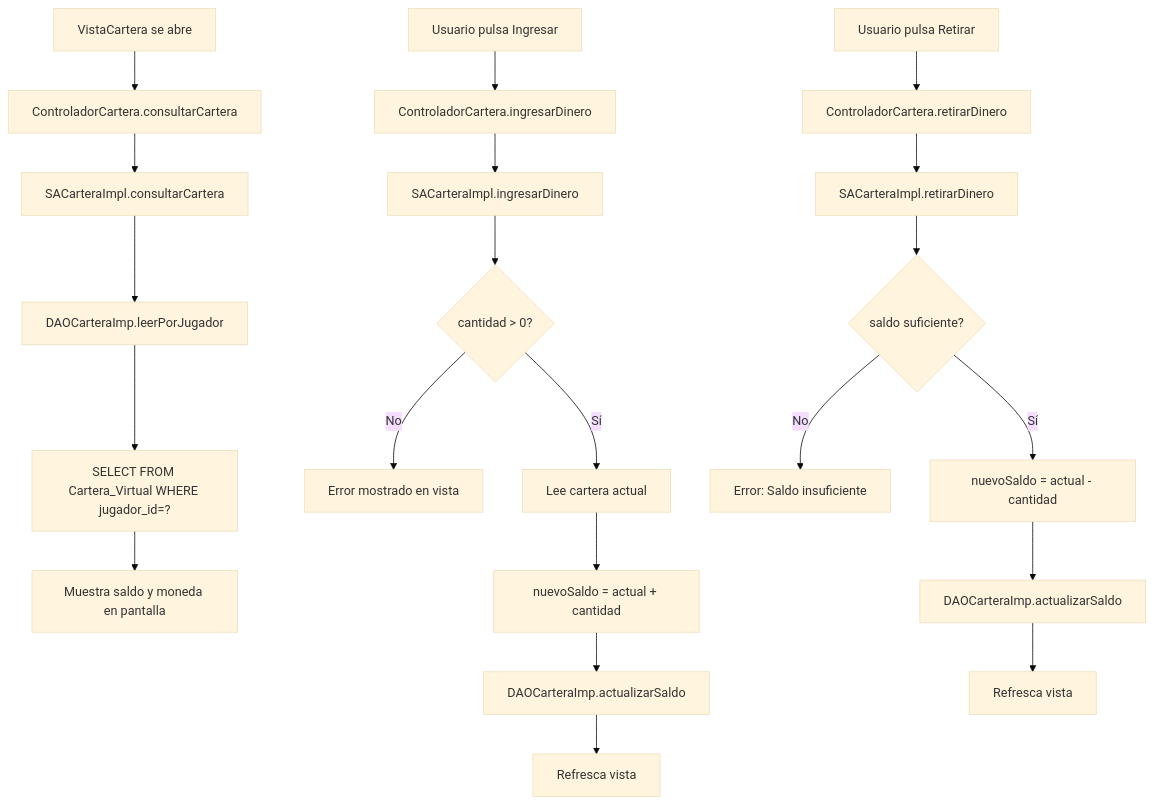
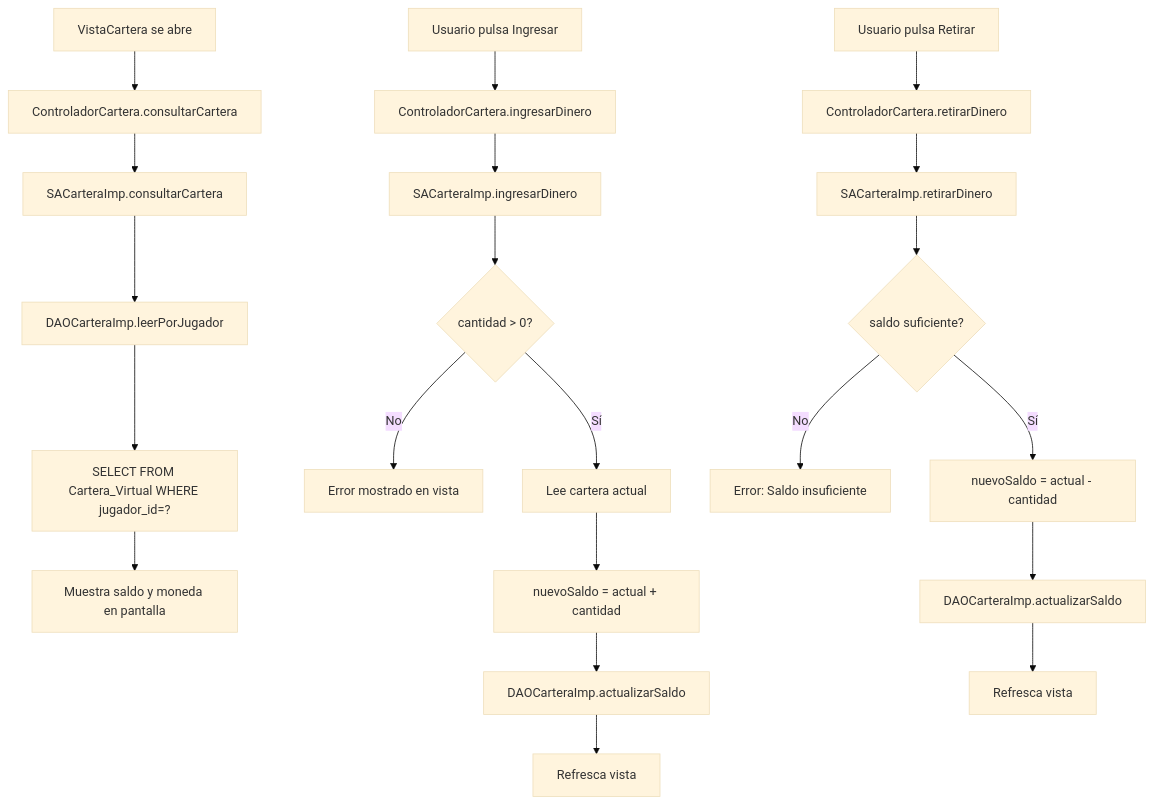
Diagram 11 of 14 in guias/guiaCompleta.md (pelayp01/APUESTASUCM), drawn with Mermaid (base theme) before and after one commit. The commit also changed other lines of this file, not shown here.

````diff
--- a/guias/guiaCompleta.md
+++ b/guias/guiaCompleta.md
@@ -563,25 +566,25 @@
 ```mermaid
 flowchart TD
     A[VistaCartera se abre] --> B[ControladorCartera.consultarCartera]
-    B --> C[SACarteraImpl.consultarCartera]
+    B --> C[SACarteraImp.consultarCartera]
     C --> D[DAOCarteraImp.leerPorJugador]
     D --> E[SELECT FROM Cartera_Virtual WHERE jugador_id=?]
     E --> F[Muestra saldo y moneda en pantalla]
 
     G[Usuario pulsa Ingresar] --> H[ControladorCartera.ingresarDinero]
-    H --> I[SACarteraImpl.ingresarDinero]
+    H --> I[SACarteraImp.ingresarDinero]
     I --> J{cantidad > 0?}
     J -- No --> K[Error mostrado en vista]
     J -- Sí --> L[Lee cartera actual]
     L --> M[nuevoSaldo = actual + cantidad]
     M --> N[DAOCarteraImp.actualizarSaldo]
     N --> O[Refresca vista]
 
     P[Usuario pulsa Retirar] --> Q[ControladorCartera.retirarDinero]
-    Q --> R[SACarteraImpl.retirarDinero]
+    Q --> R[SACarteraImp.retirarDinero]
     R --> S{saldo suficiente?}
     S -- No --> T[Error: Saldo insuficiente]
     S -- Sí --> U[nuevoSaldo = actual - cantidad]
     U --> V[DAOCarteraImp.actualizarSaldo]
     V --> W[Refresca vista]
 ```
````
